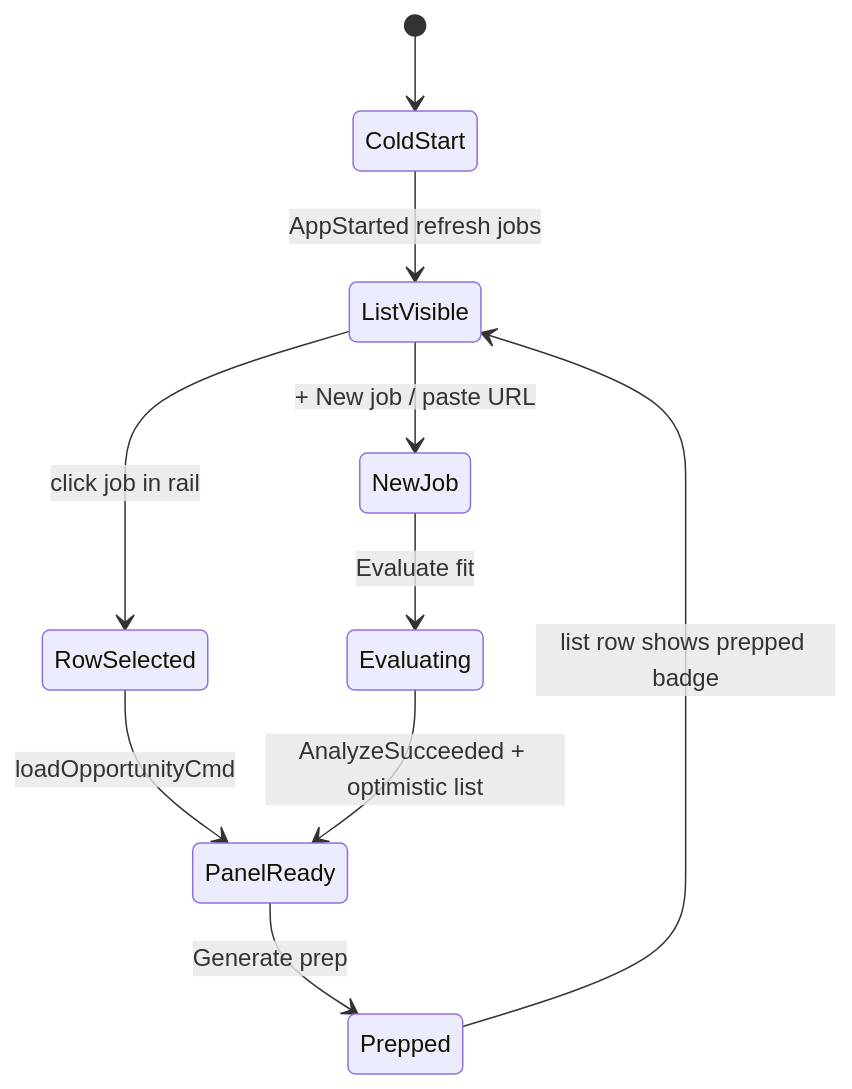
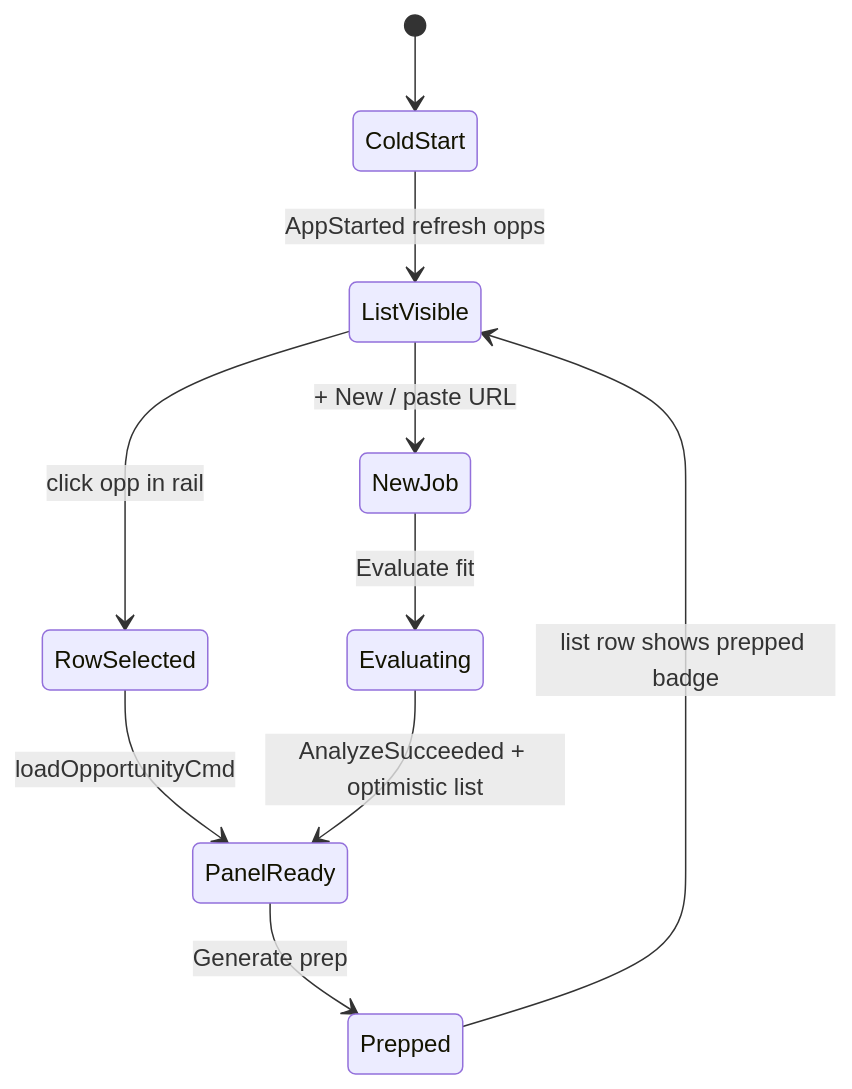
Before and after one commit to p10ns11y/collab-finder: the eighth of 13 diagrams in reports/single-pr-intuitive-product.md, drawn with Mermaid. The commit also changed other lines of this file and 2 other files, not shown here.

````diff
--- a/reports/single-pr-intuitive-product.md
+++ b/reports/single-pr-intuitive-product.md
@@ -294,12 +294,12 @@
 ```mermaid
 stateDiagram-v2
   [*] --> ColdStart
-  ColdStart --> ListVisible: AppStarted refresh jobs
-  ListVisible --> RowSelected: click job in rail
+  ColdStart --> ListVisible: AppStarted refresh opps
+  ListVisible --> RowSelected: click opp in rail
   RowSelected --> PanelReady: loadOpportunityCmd
-  ListVisible --> NewJob: + New job / paste URL
+  ListVisible --> NewJob: + New / paste URL
   NewJob --> Evaluating: Evaluate fit
   Evaluating --> PanelReady: AnalyzeSucceeded + optimistic list
   PanelReady --> Prepped: Generate prep
   Prepped --> ListVisible: list row shows prepped badge
 ```
````
